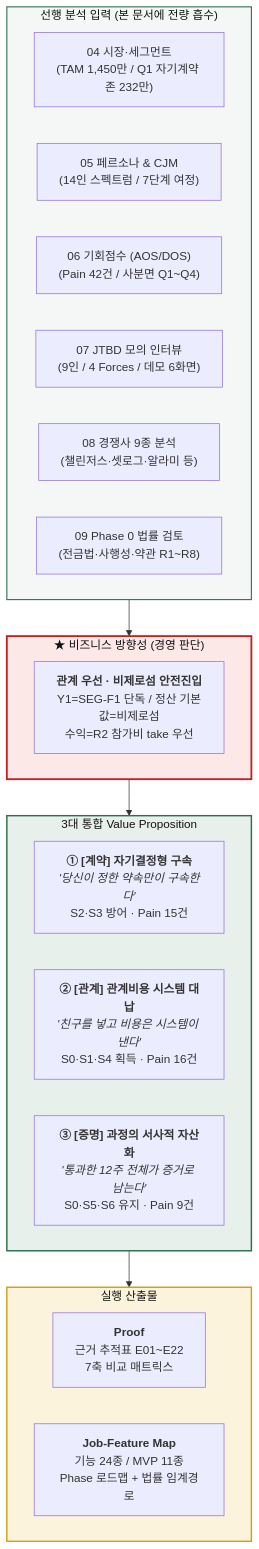
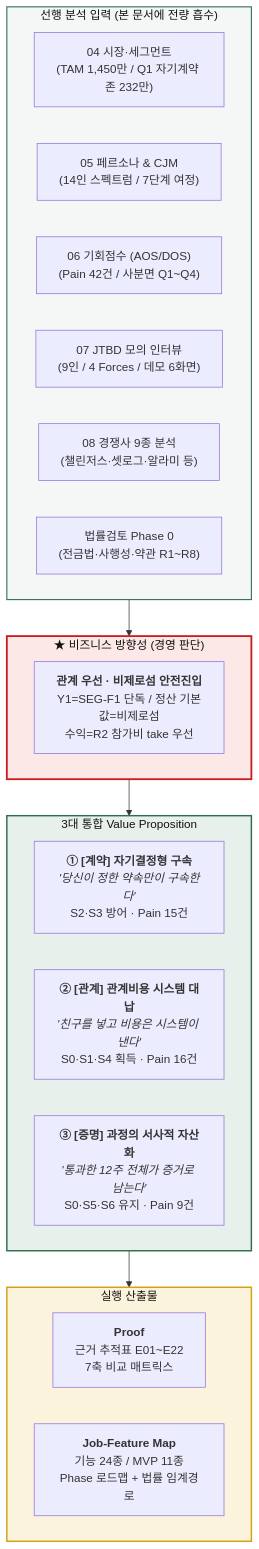
One commit to new-rim/business-research-practice-2026-sesac changed the first of 14 diagrams in 08-고객가치선언문/VPS-v2_0-rooted.md. Above: the diagram before and after it, drawn with Mermaid. The commit also changed other lines of this file and 1 other file, not shown here.

Commit message:
chore: 법률 검토 문서를 09-법률검토/ → 법률검토/ 로 이동
09번은 PRD 문서 자리로 비워 둔다. 법률 검토는 Phase 0 선행 조건이라
PRD보다 뒤 번호(10)를 주면 순서가 거꾸로 읽히므로, 번호 없는
디렉터리로 옮겨 챕터 번호 체계와 충돌하지 않게 했다.

- 09-법률검토/phase0-legal-risk-brief.md → 법률검토/phase0-legal-risk-brief.md
- VPS-v2.0의 챕터 참조 2곳을 "09" → "법률검토"로 갱신

````diff
--- a/08-고객가치선언문/VPS-v2_0-rooted.md
+++ b/08-고객가치선언문/VPS-v2_0-rooted.md
@@ -51,33 +51,33 @@
 ```mermaid
 flowchart TD
     subgraph INPUT ["선행 분석 입력 (본 문서에 전량 흡수)"]
         M["04 시장·세그먼트<br/>(TAM 1,450만 / Q1 자기계약 존 232만)"]
         A["05 페르소나 & CJM<br/>(14인 스펙트럼 / 7단계 여정)"]
         B["06 기회점수 (AOS/DOS)<br/>(Pain 42건 / 사분면 Q1~Q4)"]
         C["07 JTBD 모의 인터뷰<br/>(9인 / 4 Forces / 데모 6화면)"]
         D["08 경쟁사 9종 분석<br/>(챌린저스·셋로그·알라미 등)"]
-        L["09 Phase 0 법률 검토<br/>(전금법·사행성·약관 R1~R8)"]
+        L["법률검토 Phase 0<br/>(전금법·사행성·약관 R1~R8)"]
     end
 
     subgraph DIR ["★ 비즈니스 방향성 (경영 판단)"]
         DD["<b>관계 우선 · 비제로섬 안전진입</b><br/>Y1=SEG-F1 단독 / 정산 기본값=비제로섬<br/>수익=R2 참가비 take 우선"]
     end
 
     subgraph CORE ["3대 통합 Value Proposition"]
         V1["<b>① [계약] 자기결정형 구속</b><br/><i>'당신이 정한 약속만이 구속한다'</i><br/>S2·S3 방어 · Pain 15건"]
         V2["<b>② [관계] 관계비용 시스템 대납</b><br/><i>'친구를 넣고 비용은 시스템이 낸다'</i><br/>S0·S1·S4 획득 · Pain 16건"]
         V3["<b>③ [증명] 과정의 서사적 자산화</b><br/><i>'통과한 12주 전체가 증거로 남는다'</i><br/>S0·S5·S6 유지 · Pain 9건"]
     end
 
     subgraph OUTPUT ["실행 산출물"]
         OUT1["<b>Proof</b><br/>근거 추적표 E01~E22<br/>7축 비교 매트릭스"]
         OUT2["<b>Job-Feature Map</b><br/>기능 24종 / MVP 11종<br/>Phase 로드맵 + 법률 임계경로"]
     end
 
     INPUT --> DIR --> CORE --> OUTPUT
 
     style INPUT fill:#F4F7F5,stroke:#2F6F4E,stroke-width:1.5px,color:#111
     style DIR fill:#FDE8E8,stroke:#C81E1E,stroke-width:2.5px,color:#111
     style CORE fill:#E8F0EB,stroke:#2F6F4E,stroke-width:2px,color:#111
     style OUTPUT fill:#FBF3DC,stroke:#D4A017,stroke-width:2px,color:#111
 ```
````
